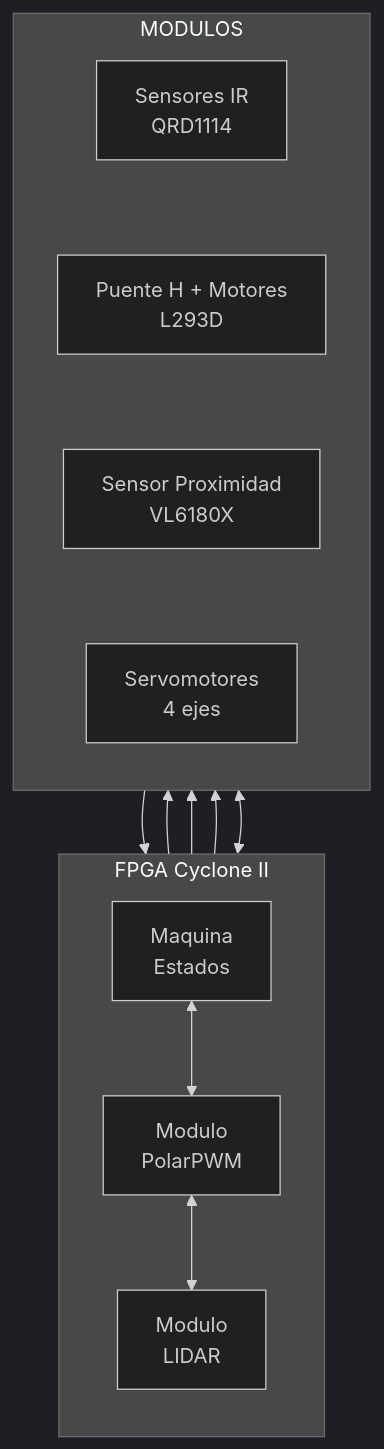
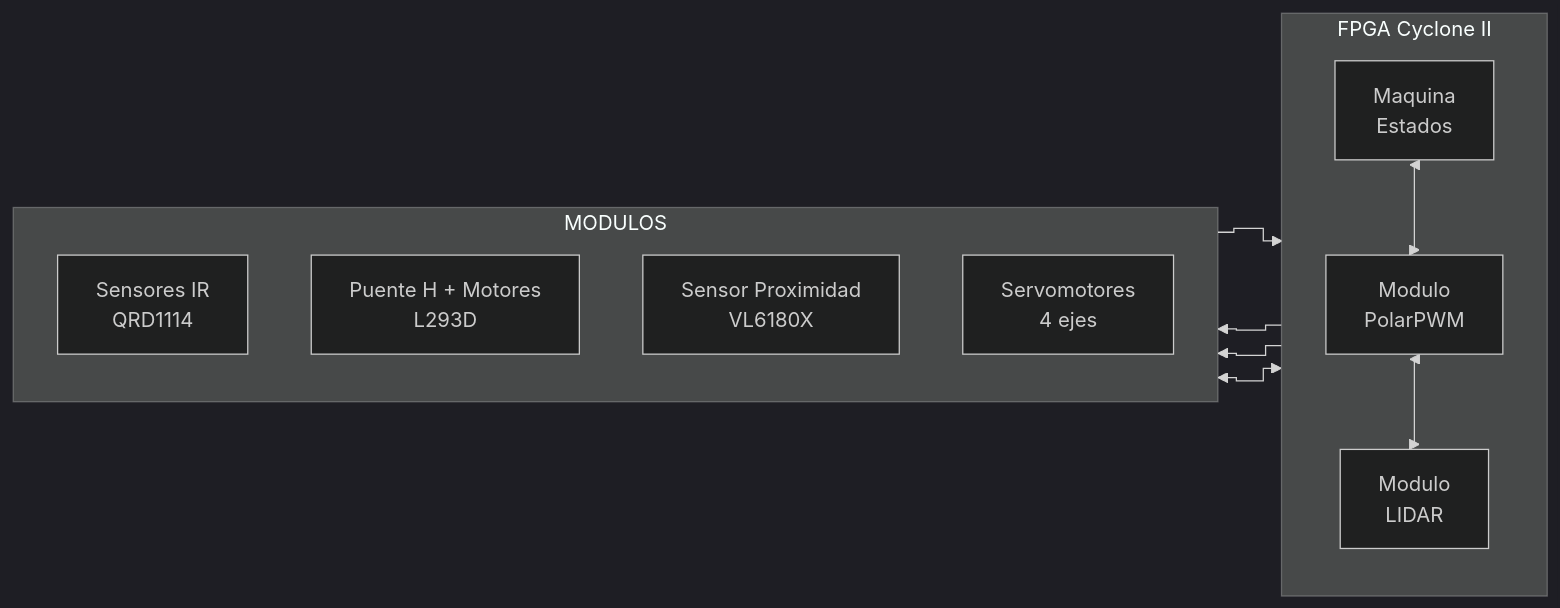
One commit to Actronix09/SeguidorLinea_Brazo changed the first of 2 diagrams in README.md. Above: the diagram before and after it, drawn with Mermaid (dark theme).

````diff
--- a/README.md
+++ b/README.md
@@ -82,33 +82,38 @@
 ```mermaid
-flowchart TB
+%%{init: {'flowchart': {'curve': 'step'}} }%%
+
+flowchart LR
 
     subgraph FPGA["FPGA Cyclone II"]
         direction TB
 
         SM["Maquina<br/>Estados"]
         PWM["Modulo<br/>PolarPWM"]
         LIDAR["Modulo<br/>LIDAR"]
 
         SM <--> PWM
         PWM <--> LIDAR
     end
 
     subgraph MODULOS
         direction TB
 
         IR["Sensores IR<br/>QRD1114"]
         HBRIDGE["Puente H + Motores<br/>L293D"]
         PROX["Sensor Proximidad<br/>VL6180X"]
         SERVO["Servomotores<br/>4 ejes"]
     end
 
+    %% alineacion
+    SM ~~~ IR
+    PWM ~~~ PROX
+    LIDAR ~~~ SERVO
+
+    %% conexiones reales
     IR --> SM
     SM --> HBRIDGE
 
     PWM --> SERVO
 
-    LIDAR --> SERVO
     LIDAR <--> PROX
-
-    IR ~~~ HBRIDGE ~~~ PROX ~~~ SERVO
 ```
````
